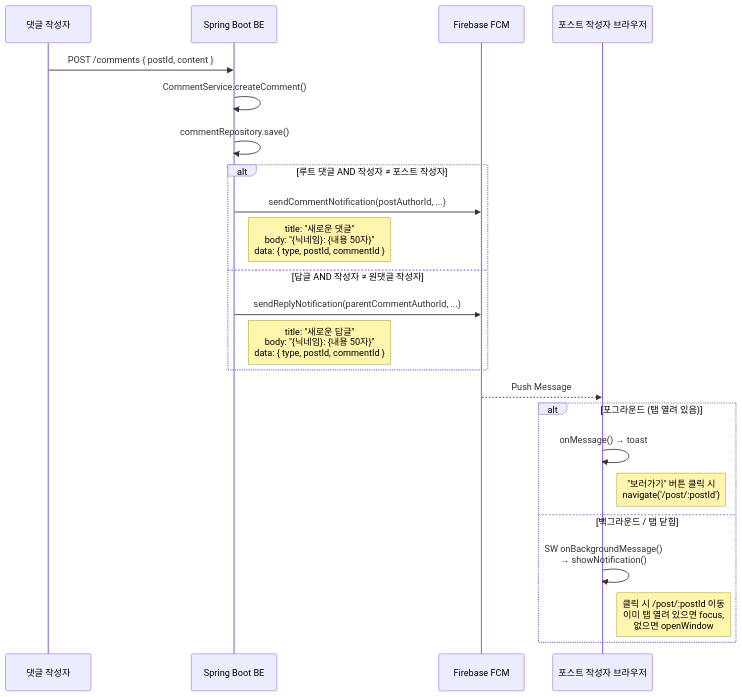
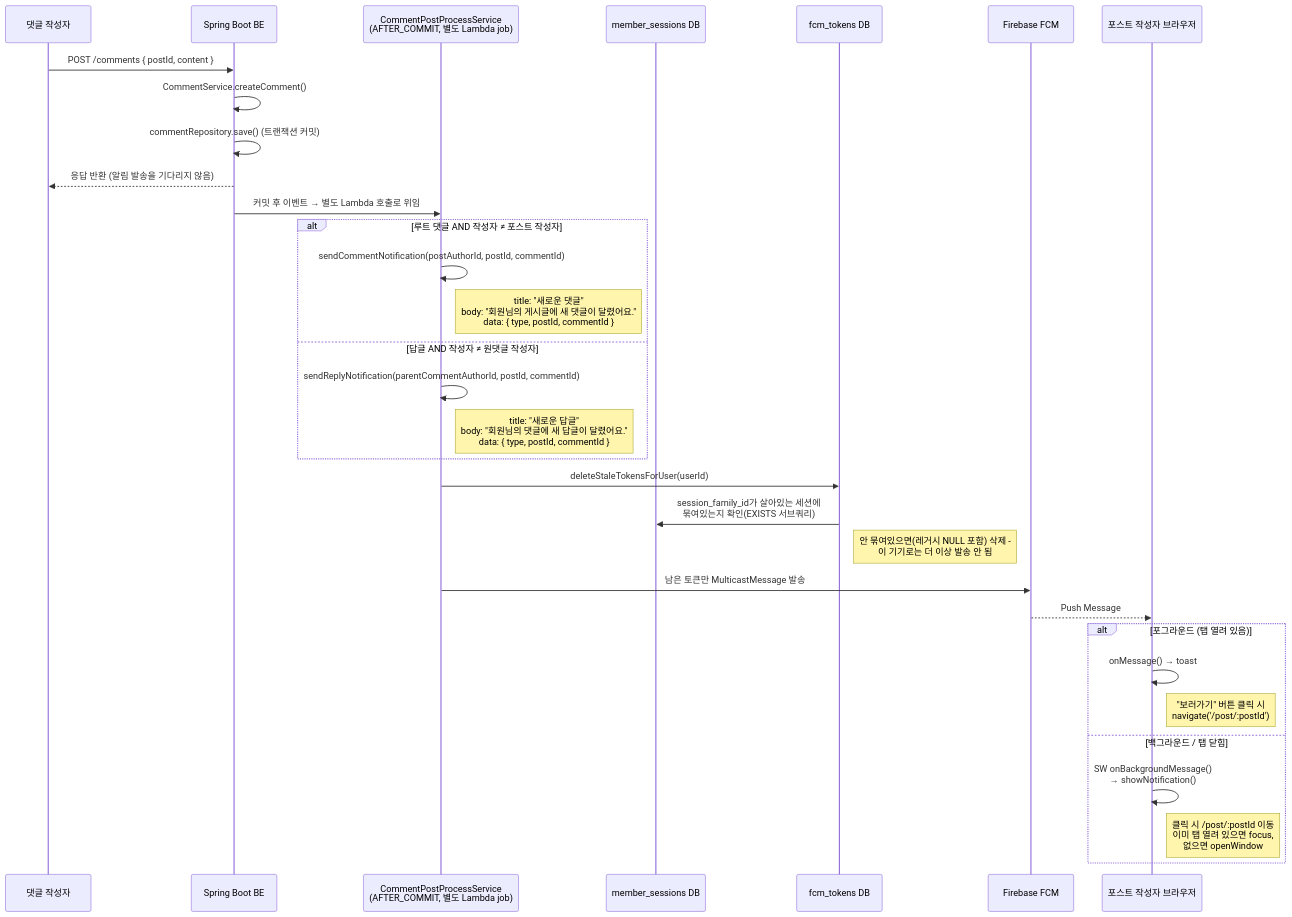
One commit to BAECHAN/link-sphere_FE_NEW changed the third of 3 diagrams in docs/FCM-PUSH-NOTIFICATION.md. Above: the diagram before and after it, drawn with Mermaid. The commit also changed other lines of this file and 5 other files, not shown here.

````diff
--- a/docs/FCM-PUSH-NOTIFICATION.md
+++ b/docs/FCM-PUSH-NOTIFICATION.md
@@ -129,29 +163,39 @@
 ```mermaid
 sequenceDiagram
   participant Commenter as 댓글 작성자
   participant BE as Spring Boot BE
+  participant Job as CommentPostProcessService<br/>(AFTER_COMMIT, 별도 Lambda job)
+  participant SessDB as member_sessions DB
+  participant TokenDB as fcm_tokens DB
   participant FCM as Firebase FCM
   participant PostOwner as 포스트 작성자 브라우저
 
   Commenter->>BE: POST /comments { postId, content }
   BE->>BE: CommentService.createComment()
-  BE->>BE: commentRepository.save()
+  BE->>BE: commentRepository.save() (트랜잭션 커밋)
+  BE-->>Commenter: 응답 반환 (알림 발송을 기다리지 않음)
+  BE->>Job: 커밋 후 이벤트 → 별도 Lambda 호출로 위임
 
   alt 루트 댓글 AND 작성자 ≠ 포스트 작성자
-    BE->>FCM: sendCommentNotification(postAuthorId, ...)
-    Note right of BE: title: "새로운 댓글"<br/>body: "{닉네임}: {내용 50자}"<br/>data: { type, postId, commentId }
+    Job->>Job: sendCommentNotification(postAuthorId, postId, commentId)
+    Note right of Job: title: "새로운 댓글"<br/>body: "회원님의 게시글에 새 댓글이 달렸어요."<br/>data: { type, postId, commentId }
   else 답글 AND 작성자 ≠ 원댓글 작성자
-    BE->>FCM: sendReplyNotification(parentCommentAuthorId, ...)
-    Note right of BE: title: "새로운 답글"<br/>body: "{닉네임}: {내용 50자}"<br/>data: { type, postId, commentId }
+    Job->>Job: sendReplyNotification(parentCommentAuthorId, postId, commentId)
+    Note right of Job: title: "새로운 답글"<br/>body: "회원님의 댓글에 새 답글이 달렸어요."<br/>data: { type, postId, commentId }
   end
+
+  Job->>TokenDB: deleteStaleTokensForUser(userId)
+  TokenDB->>SessDB: session_family_id가 살아있는 세션에<br/>묶여있는지 확인(EXISTS 서브쿼리)
+  Note right of TokenDB: 안 묶여있으면(레거시 NULL 포함) 삭제 -<br/>이 기기로는 더 이상 발송 안 됨
+  Job->>FCM: 남은 토큰만 MulticastMessage 발송
 
   FCM-->>PostOwner: Push Message
 
   alt 포그라운드 (탭 열려 있음)
     PostOwner->>PostOwner: onMessage() → toast
     Note right of PostOwner: "보러가기" 버튼 클릭 시<br/>navigate('/post/:postId')
   else 백그라운드 / 탭 닫힘
     PostOwner->>PostOwner: SW onBackgroundMessage()<br/>→ showNotification()
     Note right of PostOwner: 클릭 시 /post/:postId 이동<br/>이미 탭 열려 있으면 focus,<br/>없으면 openWindow
   end
 ```
````
